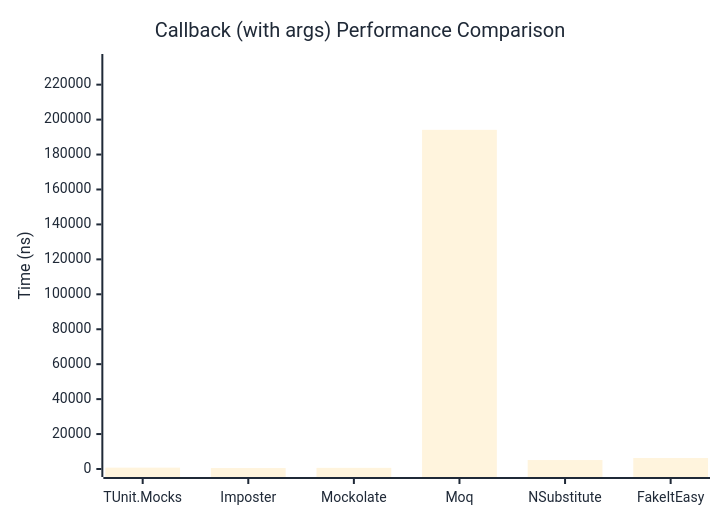
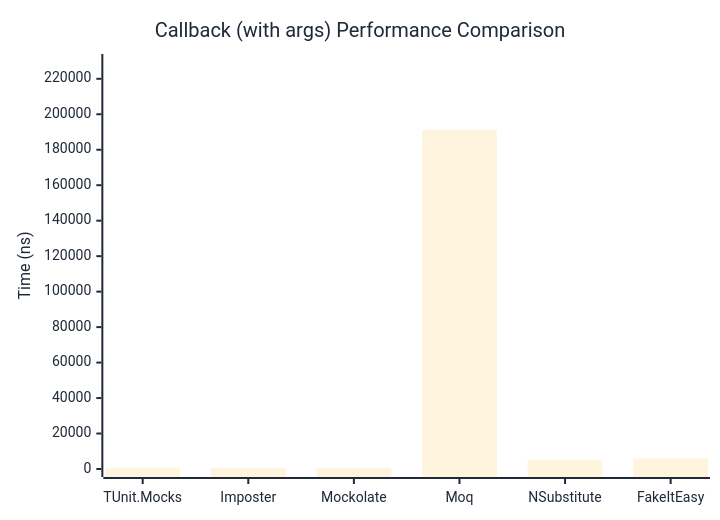
One commit to thomhurst/TUnit changed the second of 2 diagrams in docs/docs/benchmarks/mocks/Callback.md. Above: the diagram before and after it, drawn with Mermaid. The commit also changed other lines of this file and 14 other files, not shown here.

````diff
--- a/docs/docs/benchmarks/mocks/Callback.md
+++ b/docs/docs/benchmarks/mocks/Callback.md
@@ -69,27 +69,27 @@
 ```mermaid
 %%{init: {
   'theme':'base',
   'themeVariables': {
     'primaryColor': '#2563eb',
     'primaryTextColor': '#1f2937',
     'primaryBorderColor': '#1e40af',
     'lineColor': '#6b7280',
     'secondaryColor': '#7c3aed',
     'tertiaryColor': '#dc2626',
     'background': '#ffffff',
     'pie1': '#2563eb',
     'pie2': '#7c3aed',
     'pie3': '#dc2626',
     'pie4': '#f59e0b',
     'pie5': '#10b981',
     'pie6': '#06b6d4',
     'pie7': '#ec4899',
     'pie8': '#6366f1'
   }
 }}%%
 xychart-beta
   title "Callback (with args) Performance Comparison"
   x-axis ["TUnit.Mocks", "Imposter", "Mockolate", "Moq", "NSubstitute", "FakeItEasy"]
-  y-axis "Time (ns)" 0 --> 232971
-  bar [772.7, 541.6, 662.3, 194142.1, 5128.9, 6309.5]
+  y-axis "Time (ns)" 0 --> 229467
+  bar [786.2, 529.7, 651.3, 191221.7, 5182.6, 5968.9]
 ```
````
